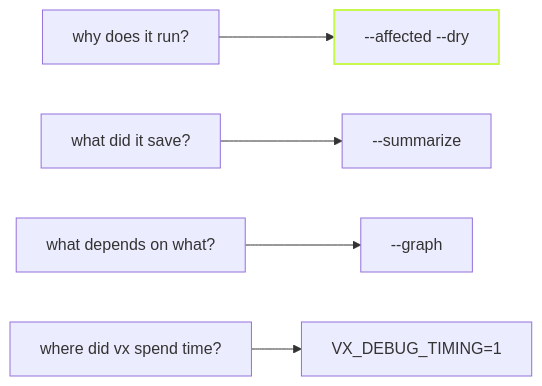
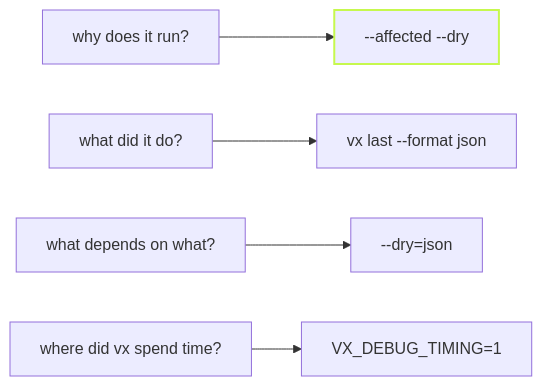
One commit to vznjs/vx changed the diagram in packages/vx-docs/src/content/docs/blog/see-inside-a-run.md. Above: the diagram before and after it, drawn with Mermaid. The commit also changed other lines of this file and 49 other files, not shown here.

````diff
--- a/packages/vx-docs/src/content/docs/blog/see-inside-a-run.md
+++ b/packages/vx-docs/src/content/docs/blog/see-inside-a-run.md
@@ -16,8 +16,8 @@
 ```mermaid
 flowchart LR
   Q1[why does it run?] --> A[--affected --dry]
-  Q2[what did it save?] --> B[--summarize]
-  Q3[what depends on what?] --> C[--graph]
+  Q2[what did it do?] --> B[vx last --format json]
+  Q3[what depends on what?] --> C[--dry=json]
   Q4[where did vx spend time?] --> D[VX_DEBUG_TIMING=1]
   style A stroke:#c6f84e,stroke-width:2px
 ```
````
